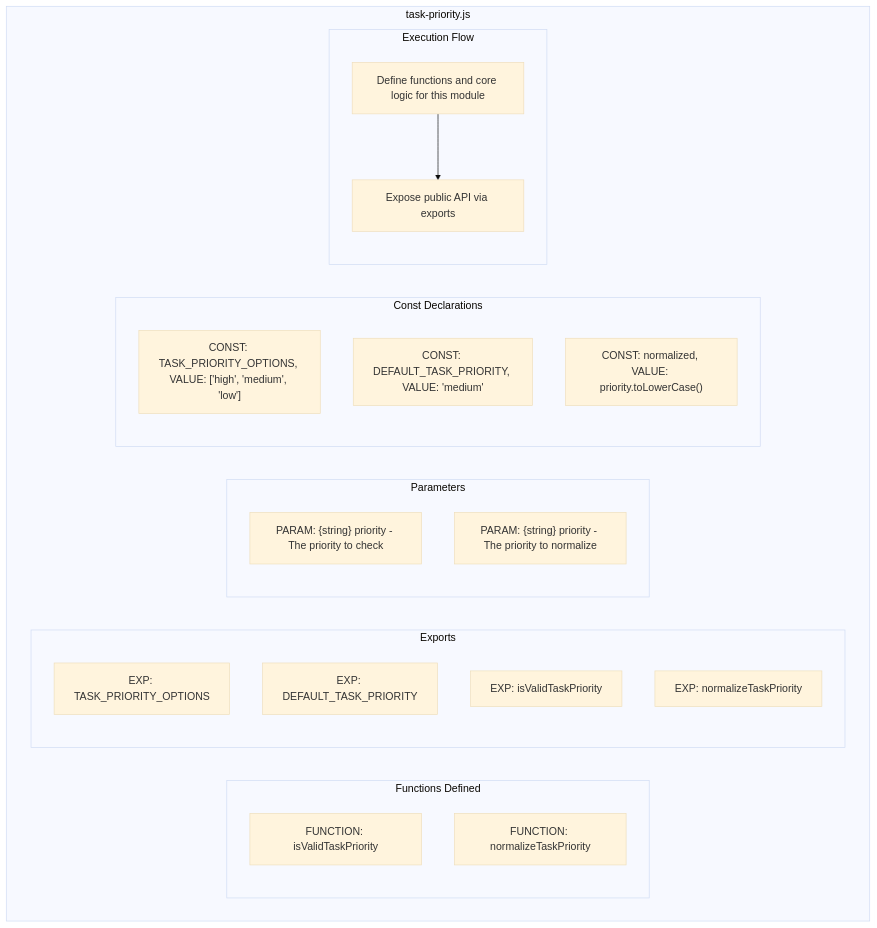
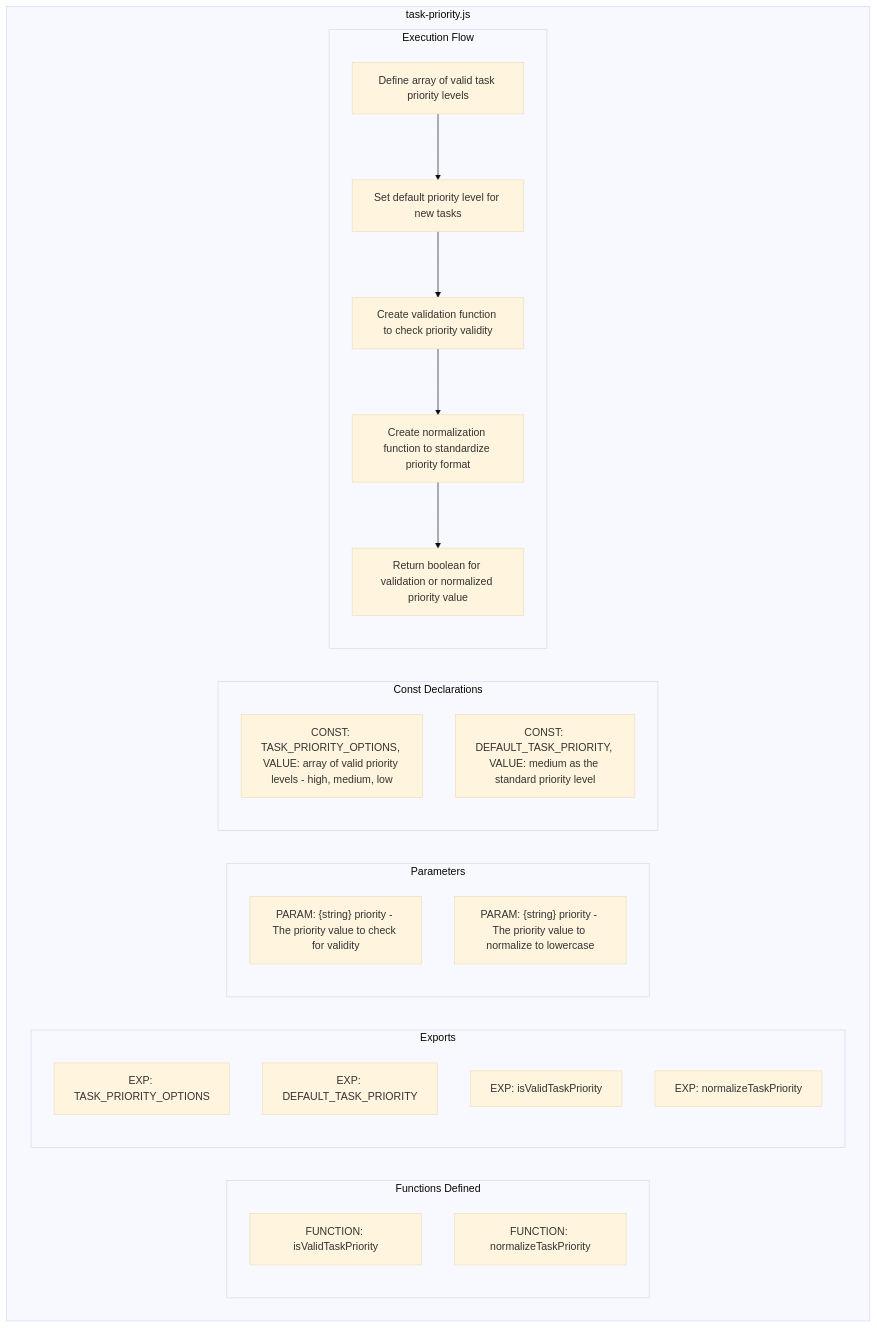
Before and after one commit to trutkowski22/claude-task-master: the diagram in project-overlord-context/Mermaid-Diagrams/Shared-Infrastructure-Layer/src/constants/task-priority.js_diagram.mmd, drawn with Mermaid (base theme). The commit also changed 199 other files, not shown here.

````diff
--- a/project-overlord-context/Mermaid-Diagrams/Shared-Infrastructure-Layer/src/constants/task-priority.js_diagram.mmd
+++ b/project-overlord-context/Mermaid-Diagrams/Shared-Infrastructure-Layer/src/constants/task-priority.js_diagram.mmd
@@ -1,34 +1,45 @@
 ```mermaid
 flowchart TB
     subgraph FunctionsDefined["Functions Defined"]
         FU1["FUNCTION: isValidTaskPriority"]
         FU2["FUNCTION: normalizeTaskPriority"]
     end
+    
     subgraph Exports["Exports"]
         E1["EXP: TASK_PRIORITY_OPTIONS"]
         E2["EXP: DEFAULT_TASK_PRIORITY"]
         E3["EXP: isValidTaskPriority"]
         E4["EXP: normalizeTaskPriority"]
     end
+    
     subgraph Parameters["Parameters"]
-        P1["PARAM: {string} priority - The priority to check"]
-        P2["PARAM: {string} priority - The priority to normalize"]
+        P1["PARAM: {string} priority - The priority value to check for validity"]
+        P2["PARAM: {string} priority - The priority value to normalize to lowercase"]
     end
+    
     subgraph Constants["Const Declarations"]
-        C1["CONST: TASK_PRIORITY_OPTIONS, VALUE: ['high', 'medium', 'low']"]
-        C2["CONST: DEFAULT_TASK_PRIORITY, VALUE: 'medium'"]
-        C3["CONST: normalized, VALUE: priority.toLowerCase()"]
+        C1["CONST: TASK_PRIORITY_OPTIONS, VALUE: array of valid priority levels - high, medium, low"]
+        C2["CONST: DEFAULT_TASK_PRIORITY, VALUE: medium as the standard priority level"]
     end
+    
     subgraph ExecutionFlow["Execution Flow"]
-        FL1["Define functions and core logic for this module"]
-        FL2["Expose public API via exports"]
+        FL1["Define array of valid task priority levels"]
+        FL2["Set default priority level for new tasks"]
+        FL3["Create validation function to check priority validity"]
+        FL4["Create normalization function to standardize priority format"]
+        FL5["Return boolean for validation or normalized priority value"]
     end
-    subgraph FileName["task-priority.js"]
+    
+    subgraph taskPriorityJS["task-priority.js"]
         FunctionsDefined
         Exports
         Parameters
         Constants
         ExecutionFlow
     end
+    
     FL1 --> FL2
+    FL2 --> FL3
+    FL3 --> FL4
+    FL4 --> FL5
 ```
````
